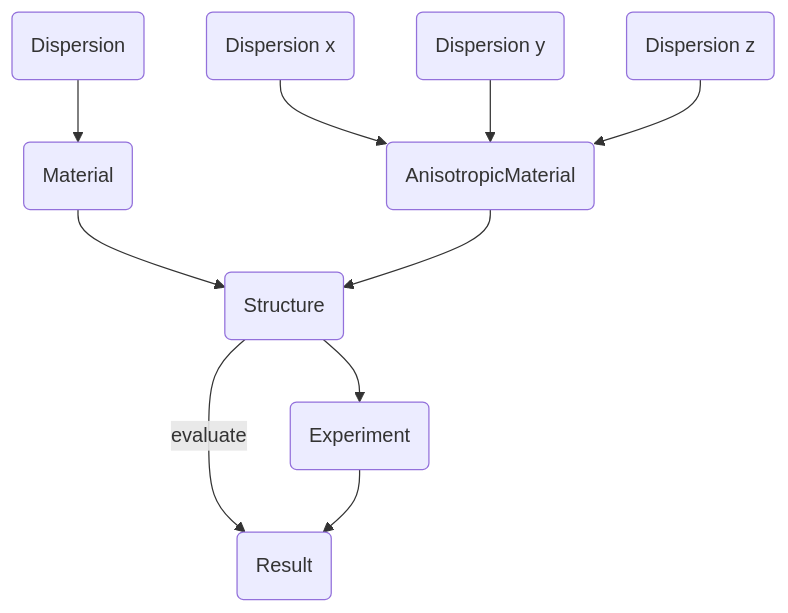
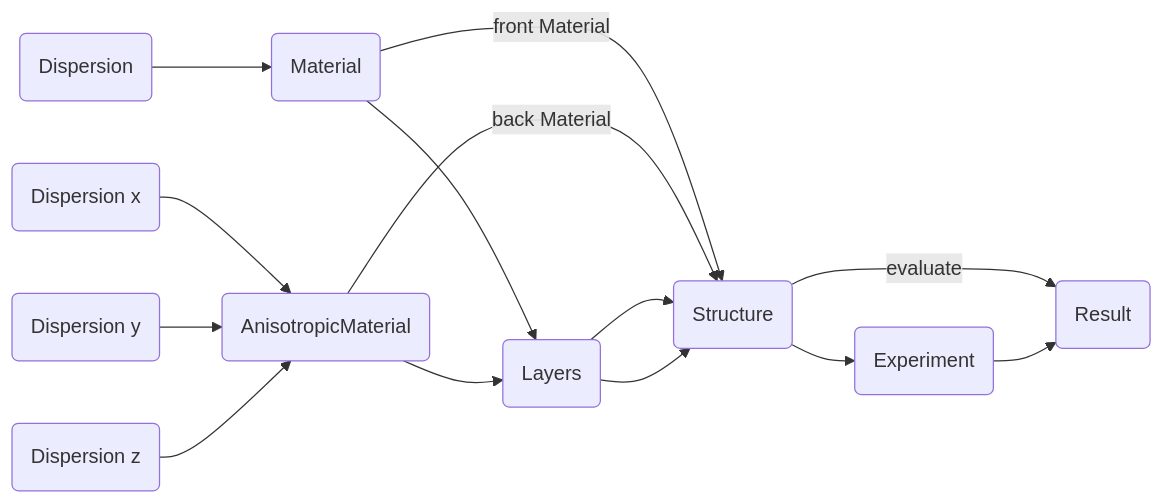
One commit to PyEllips/pyElli changed the diagram in docs/index.rst. Above: the diagram before and after it, drawn with Mermaid.

Commit message:
Include Layer in overview graph

```diff
--- a/docs/index.rst
+++ b/docs/index.rst
@@ -27,12 +27,15 @@
 .. mermaid::
 
-    graph TD
+   graph LR
         Dx(Dispersion x) --> AM
         Dy(Dispersion y) --> AM
         Dz(Dispersion z) --> AM
         D(Dispersion) --> M
-        M(Material) --> S
-        AM(AnisotropicMaterial) --> S
+        M(Material) --> L
+        AM(AnisotropicMaterial) --> L
+        M -- front Material --> S
+        AM -- back Material --> S
+        L(Layers) --> S & S
         S(Structure) --> E(Experiment)
         S --> |evaluate| R(Result)
         E --> R
```
